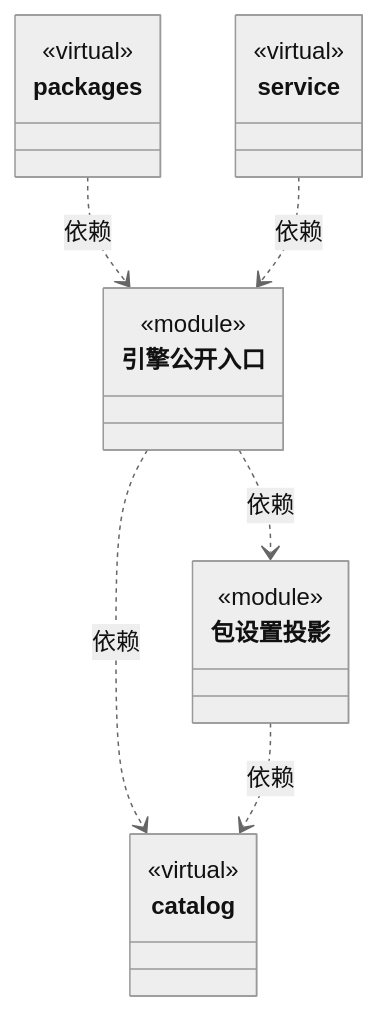
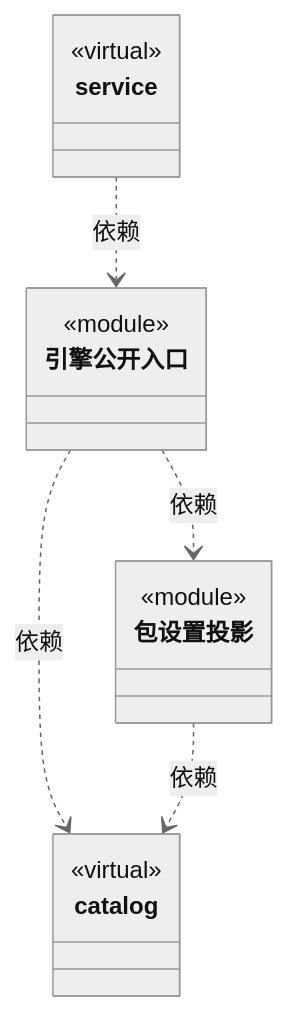
The diagram in src/logic/engines/ARCHITECTURE.md (nan023062/cbim), drawn with Mermaid (neutral theme) before and after one commit. The commit also changed other lines of this file and 113 other files, not shown here.

````diff
--- a/src/logic/engines/ARCHITECTURE.md
+++ b/src/logic/engines/ARCHITECTURE.md
@@ -20,28 +20,23 @@
 ```mermaid
 classDiagram
 class N_865c43bba56b["引擎公开入口"] {
   <<module>>
 }
 click N_865c43bba56b href "index.ts"
 class N_f3ea3edeafac["包设置投影"] {
   <<module>>
 }
 click N_f3ea3edeafac href "package-status.ts"
 class N_36c40847e267["catalog"] {
   <<virtual>>
 }
 click N_36c40847e267 href "catalog/ARCHITECTURE.md"
-class N_e36725470015["packages"] {
-  <<virtual>>
-}
-click N_e36725470015 href "packages/ARCHITECTURE.md"
 class N_c89715d50249["service"] {
   <<virtual>>
 }
 click N_c89715d50249 href "service/ARCHITECTURE.md"
 N_865c43bba56b ..> N_f3ea3edeafac : 依赖
 N_865c43bba56b ..> N_36c40847e267 : 依赖
 N_f3ea3edeafac ..> N_36c40847e267 : 依赖
-N_e36725470015 ..> N_865c43bba56b : 依赖
 N_c89715d50249 ..> N_865c43bba56b : 依赖
 ```
````
